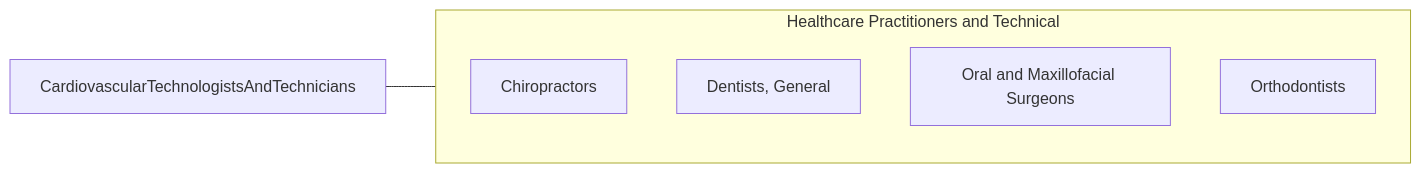
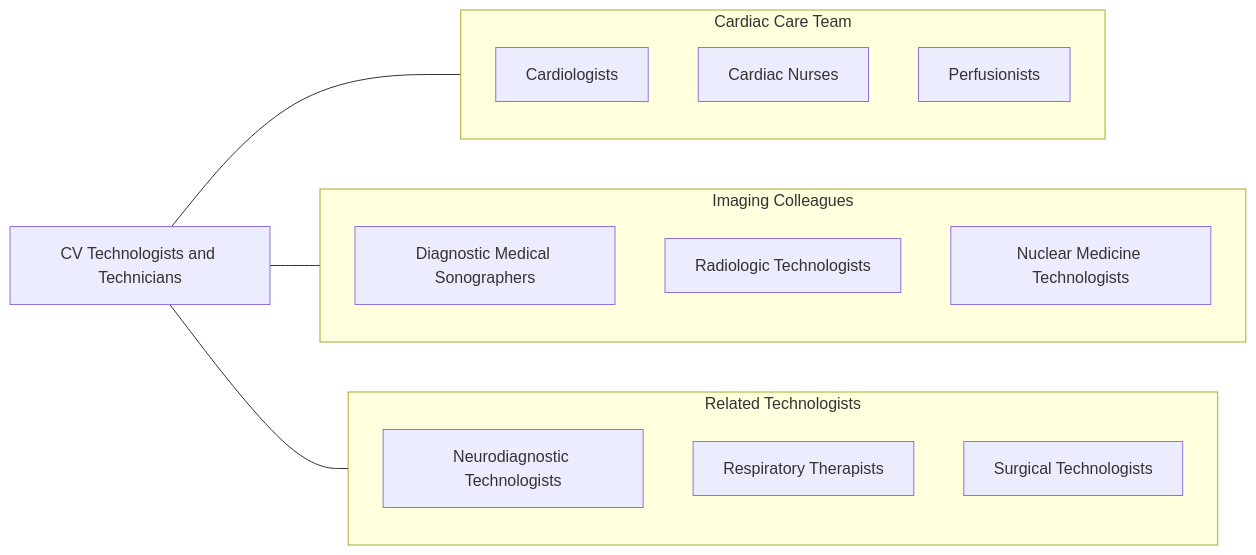
Before and after one commit to kziemski/business.org.ai: the fourth of 4 diagrams in occupations/HealthcarePractitioners/CardiovascularTechnologistsAndTechnicians.mdx, drawn with Mermaid. The commit also changed other lines of this file and 938 other files, not shown here.

````diff
--- a/occupations/HealthcarePractitioners/CardiovascularTechnologistsAndTechnicians.mdx
+++ b/occupations/HealthcarePractitioners/CardiovascularTechnologistsAndTechnicians.mdx
@@ -106,13 +215,26 @@
 ```mermaid
 graph LR
-    Current["CardiovascularTechnologistsAndTechnicians"]
+    Current["CV Technologists and Technicians"]
 
-    subgraph SameCategory["Healthcare Practitioners and Technical"]
-        Chiropractors["Chiropractors"]
-        DentistsGeneral["Dentists, General"]
-        OralAndMaxillofacial["Oral and Maxillofacial Surgeons"]
-        Orthodontists["Orthodontists"]
+    subgraph CardiacTeam["Cardiac Care Team"]
+        Cardiologists["Cardiologists"]
+        CardiacNurses["Cardiac Nurses"]
+        Perfusionists["Perfusionists"]
     end
 
-    Current --- SameCategory
+    subgraph ImagingColleagues["Imaging Colleagues"]
+        Sonographers["Diagnostic Medical Sonographers"]
+        RadTech["Radiologic Technologists"]
+        NucMed["Nuclear Medicine Technologists"]
+    end
+
+    subgraph Related["Related Technologists"]
+        NeuroTech["Neurodiagnostic Technologists"]
+        RespTherapist["Respiratory Therapists"]
+        SurgTech["Surgical Technologists"]
+    end
+
+    Current --- CardiacTeam
+    Current --- ImagingColleagues
+    Current --- Related
 ```
````
